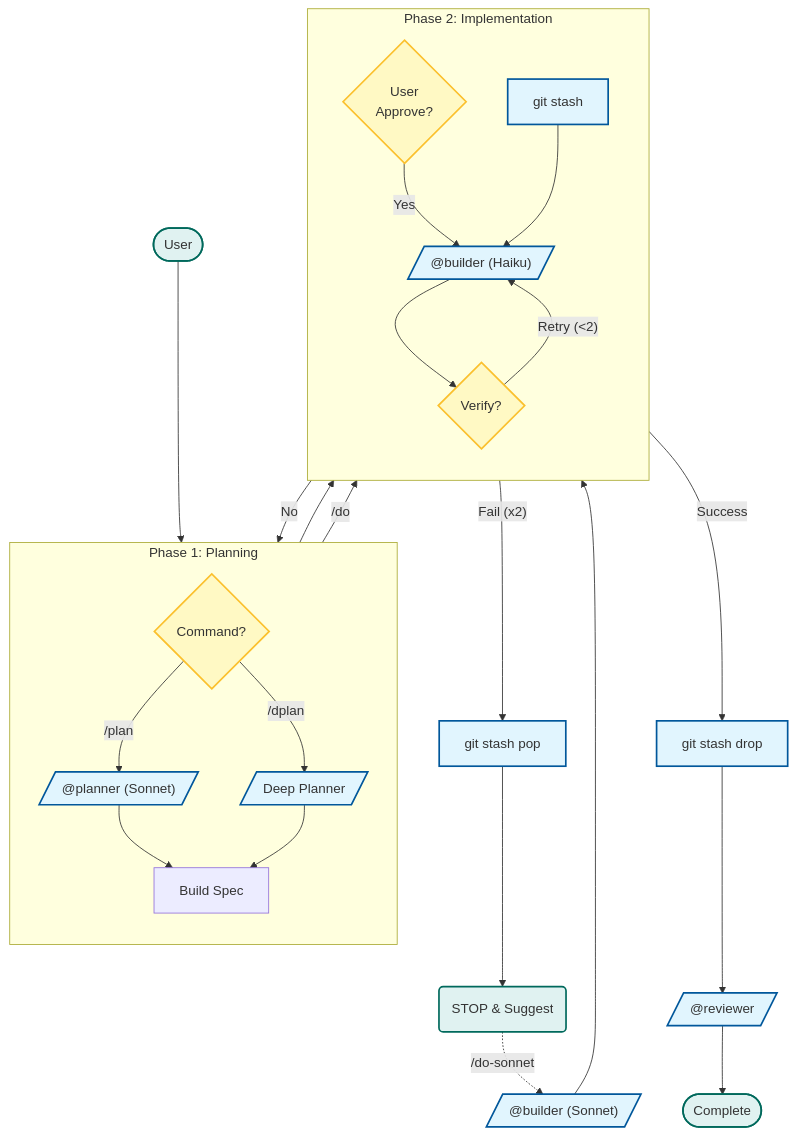
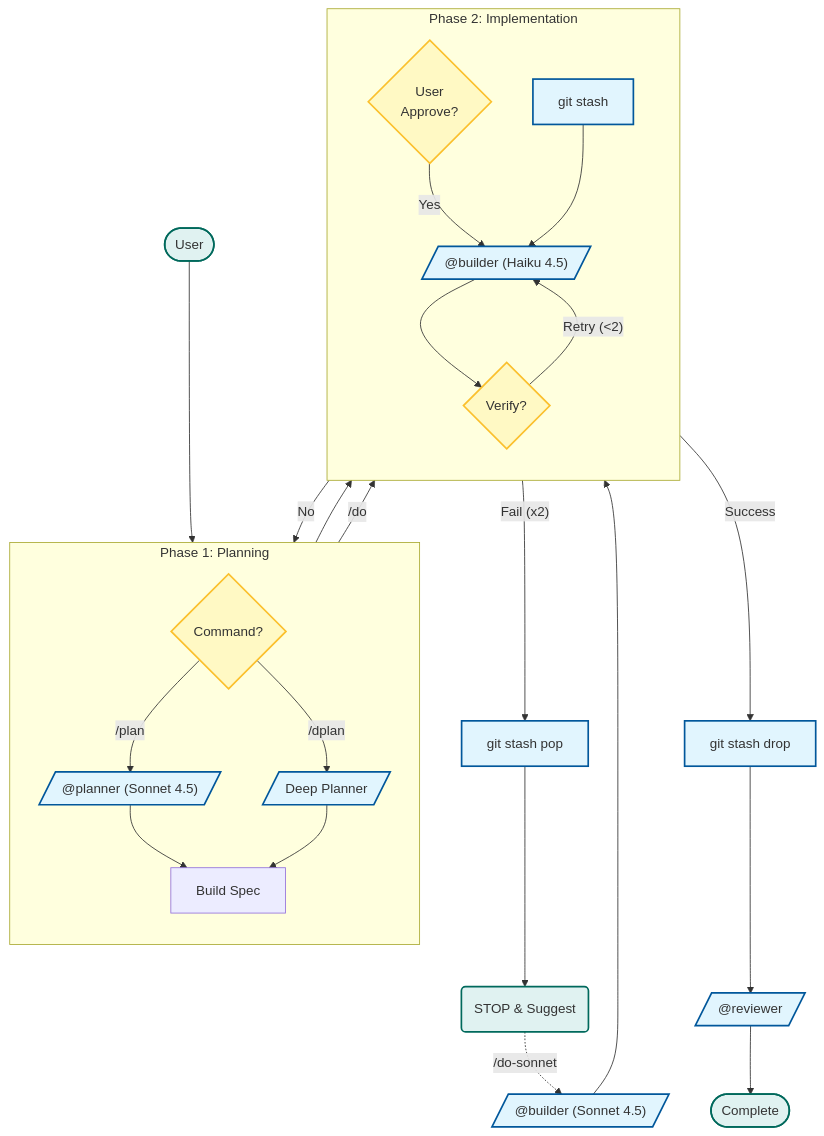
One commit to move-hoon/claude-pro-minmax changed the diagram in .claude/agents/README.ko.md. Above: the diagram before and after it, drawn with Mermaid. The commit also changed other lines of this file and 3 other files, not shown here.

````diff
--- a/.claude/agents/README.ko.md
+++ b/.claude/agents/README.ko.md
@@ -83,50 +83,50 @@
 ```mermaid
 flowchart TD
     %% Initial Request
     Start([User]) --> Cmd{Command?}
     
     %% Branch 1: Planning (Requires Approval)
     subgraph Planning ["Phase 1: Planning"]
         direction TB
-        Cmd -->|/plan| Planner[/"@planner (Sonnet)"/]
+        Cmd -->|/plan| Planner[/"@planner (Sonnet 4.5)"/]
         Cmd -->|/dplan| DPlanner[/"Deep Planner"/]
         Planner & DPlanner --> Spec[Build Spec]
     end
     
     %% Human-in-the-loop Logic (Validated via plan.md line 24)
     Spec --> UserAppr{User\nApprove?}
     UserAppr -- No --> Cmd
     
     %% Branch 2: Execution (Direct or Approved)
     subgraph Execution ["Phase 2: Implementation"]
         direction TB
-        UserAppr -- Yes --> Builder[/"@builder (Haiku)"/]
+        UserAppr -- Yes --> Builder[/"@builder (Haiku 4.5)"/]
         Cmd -->|/do| Snap["git stash"]
         Snap --> Builder
         
         %% Safe Execution Loop
         Builder --> Verify{Verify?}
         Verify -- "Retry (<2)" --> Builder
     end
     
     %% Branch 3: Escalation (Model Upgrade)
     Verify -- "Fail (x2)" --> Pop["git stash pop"]
     Pop --> Escalate(STOP & Suggest)
-    Escalate -.->|"/do-sonnet"| SonnetExec[/"@builder (Sonnet)"/]
+    Escalate -.->|"/do-sonnet"| SonnetExec[/"@builder (Sonnet 4.5)"/]
     SonnetExec --> Verify
     
     %% Branch 4: Completion
     Verify -->|Success| Drop["git stash drop"]
     Drop --> Reviewer[/"@reviewer"/]
     Reviewer --> Done([Complete])
 
     %% Styling
     classDef agent fill:#e1f5fe,stroke:#01579b,stroke-width:2px;
     classDef logic fill:#fff9c4,stroke:#fbc02d,stroke-width:2px;
     classDef term fill:#e0f2f1,stroke:#00695c,stroke-width:2px;
     classDef fail fill:#ffebee,stroke:#c62828,stroke-width:2px,stroke-dasharray: 5 5;
     
     class Planner,DPlanner,Builder,Reviewer,SonnetExec,Snap,Pop,Drop agent;
     class Cmd,Verify,UserAppr logic;
     class Start,Done,Escalate term;
 ```
````
